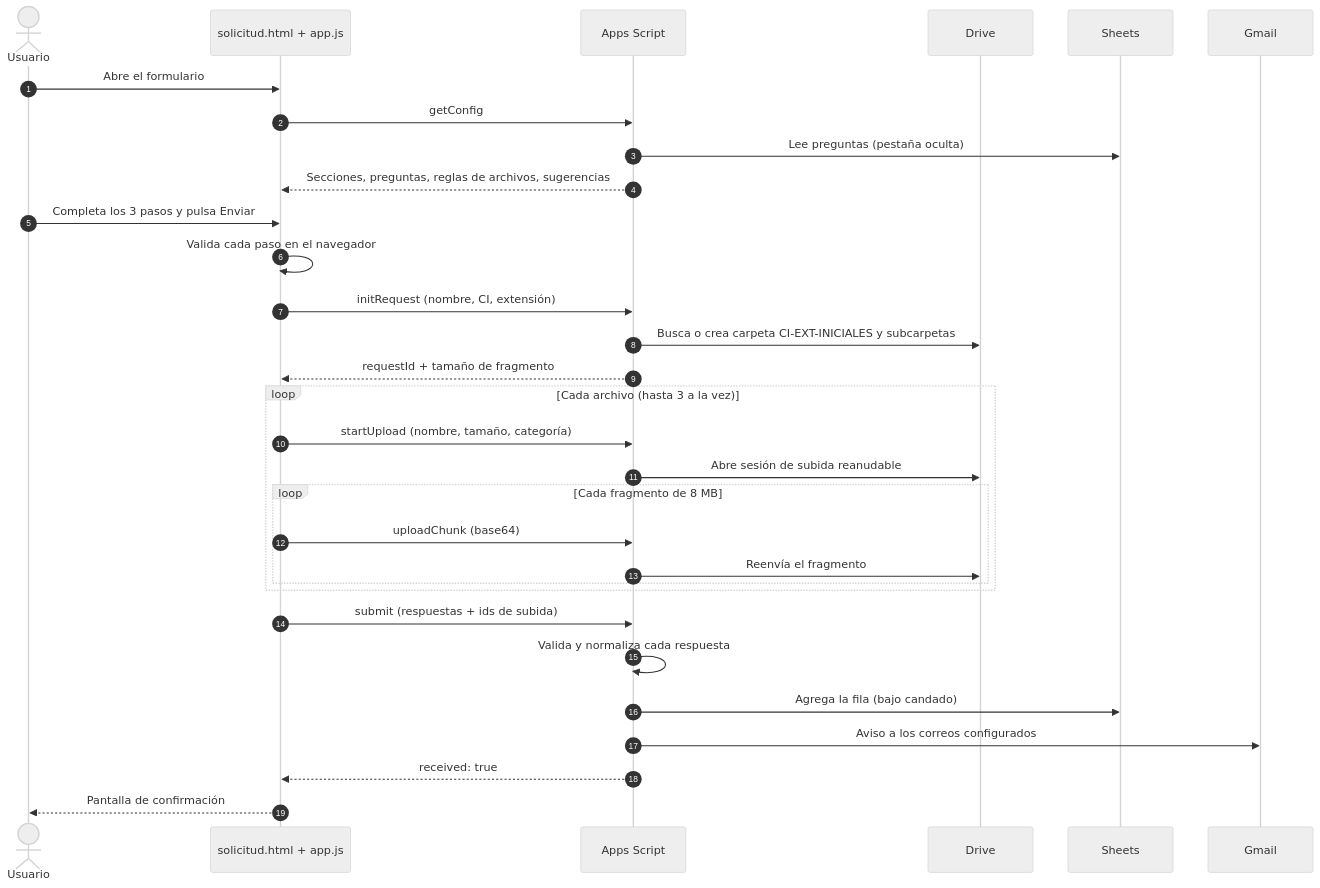
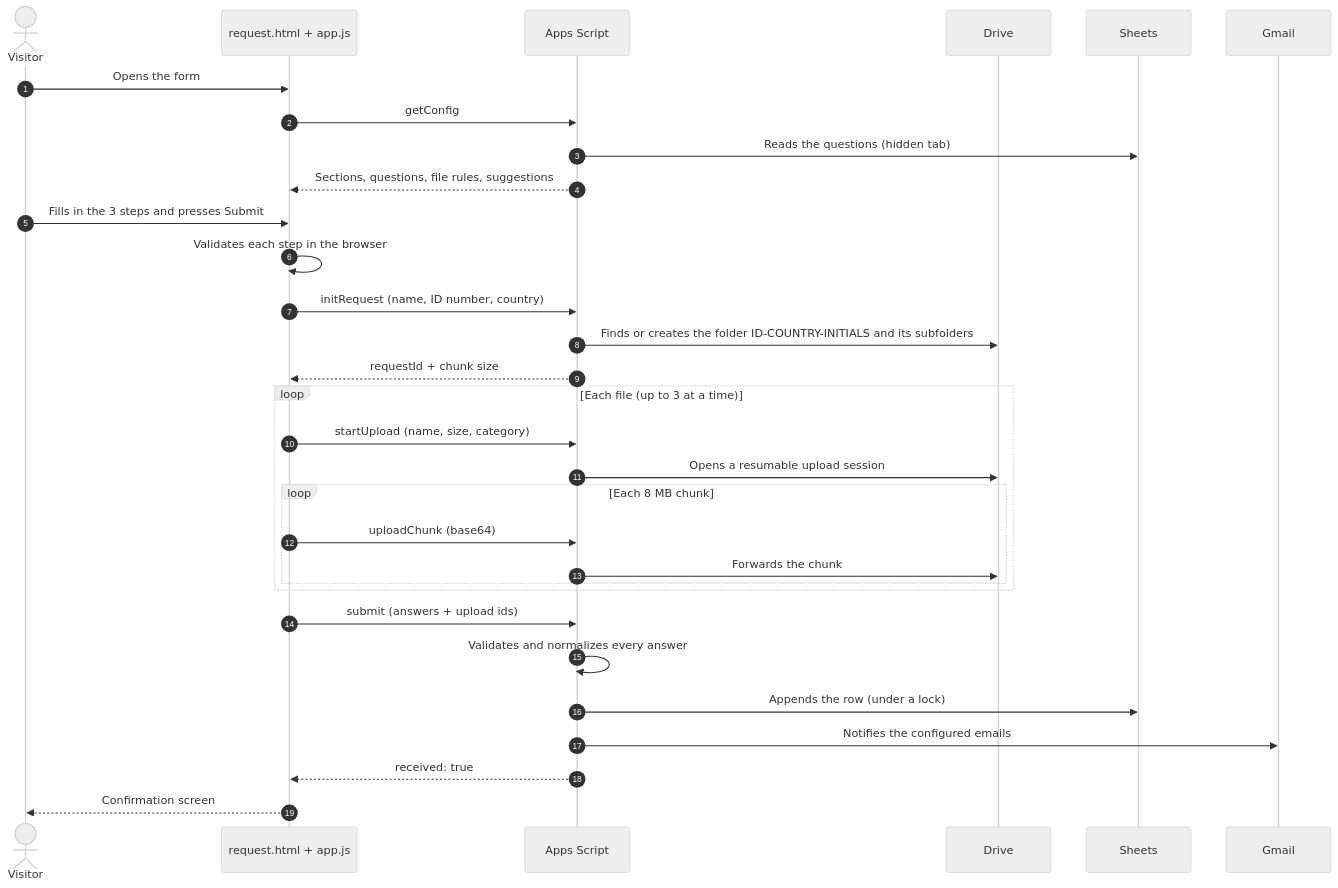
One commit to BoanergesDaza/formforge-apps-script changed the second of 3 diagrams in README.md. Above: the diagram before and after it, drawn with Mermaid (neutral theme). The commit also changed other lines of this file and 15 other files, not shown here.

````diff
--- a/README.md
+++ b/README.md
@@ -101,34 +121,34 @@
 ```mermaid
 sequenceDiagram
     autonumber
-    actor U as Usuario
-    participant W as solicitud.html + app.js
+    actor U as Visitor
+    participant W as request.html + app.js
     participant G as Apps Script
     participant D as Drive
     participant S as Sheets
     participant M as Gmail
 
-    U->>W: Abre el formulario
+    U->>W: Opens the form
     W->>G: getConfig
-    G->>S: Lee preguntas (pestaña oculta)
-    G-->>W: Secciones, preguntas, reglas de archivos, sugerencias
-    U->>W: Completa los 3 pasos y pulsa Enviar
-    W->>W: Valida cada paso en el navegador
-    W->>G: initRequest (nombre, CI, extensión)
-    G->>D: Busca o crea carpeta CI-EXT-INICIALES y subcarpetas
-    G-->>W: requestId + tamaño de fragmento
-    loop Cada archivo (hasta 3 a la vez)
-        W->>G: startUpload (nombre, tamaño, categoría)
-        G->>D: Abre sesión de subida reanudable
-        loop Cada fragmento de 8 MB
+    G->>S: Reads the questions (hidden tab)
+    G-->>W: Sections, questions, file rules, suggestions
+    U->>W: Fills in the 3 steps and presses Submit
+    W->>W: Validates each step in the browser
+    W->>G: initRequest (name, ID number, country)
+    G->>D: Finds or creates the folder ID-COUNTRY-INITIALS and its subfolders
+    G-->>W: requestId + chunk size
+    loop Each file (up to 3 at a time)
+        W->>G: startUpload (name, size, category)
+        G->>D: Opens a resumable upload session
+        loop Each 8 MB chunk
             W->>G: uploadChunk (base64)
-            G->>D: Reenvía el fragmento
+            G->>D: Forwards the chunk
         end
     end
-    W->>G: submit (respuestas + ids de subida)
-    G->>G: Valida y normaliza cada respuesta
-    G->>S: Agrega la fila (bajo candado)
-    G->>M: Aviso a los correos configurados
+    W->>G: submit (answers + upload ids)
+    G->>G: Validates and normalizes every answer
+    G->>S: Appends the row (under a lock)
+    G->>M: Notifies the configured emails
     G-->>W: received: true
-    W-->>U: Pantalla de confirmación
+    W-->>U: Confirmation screen
 ```
````
